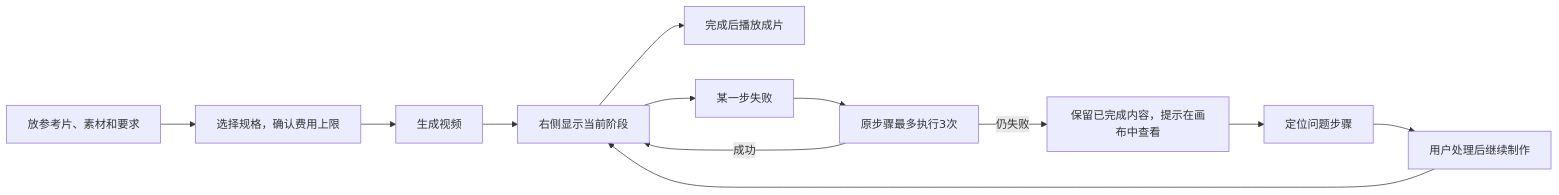
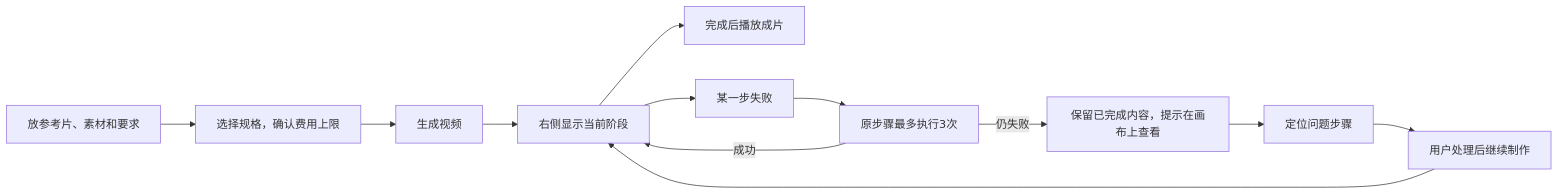
The diagram in docs/studio-video-workflow-redesign.md (pokocat/AIStarEcosystem), drawn with Mermaid before and after one commit. The commit also changed other lines of this file and 409 other files, not shown here.

````diff
--- a/docs/studio-video-workflow-redesign.md
+++ b/docs/studio-video-workflow-redesign.md
@@ -35,14 +35,14 @@
 ```mermaid
 flowchart LR
     A[放参考片、素材和要求] --> B[选择规格，确认费用上限]
     B --> C[生成视频]
     C --> D[右侧显示当前阶段]
     D --> E[完成后播放成片]
     D --> F[某一步失败]
     F --> G[原步骤最多执行3次]
     G -->|成功| D
-    G -->|仍失败| H[保留已完成内容，提示在画布中查看]
+    G -->|仍失败| H[保留已完成内容，提示在画布上查看]
     H --> I[定位问题步骤]
     I --> J[用户处理后继续制作]
     J --> D
 ```
````
